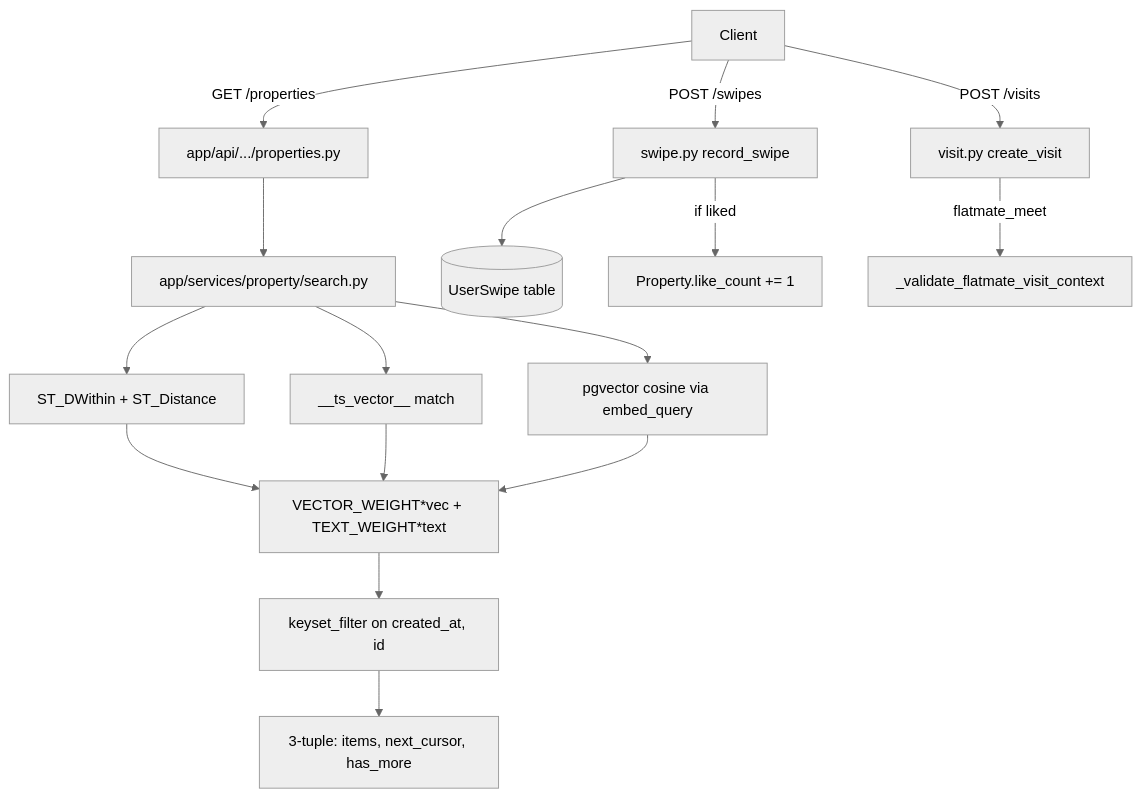
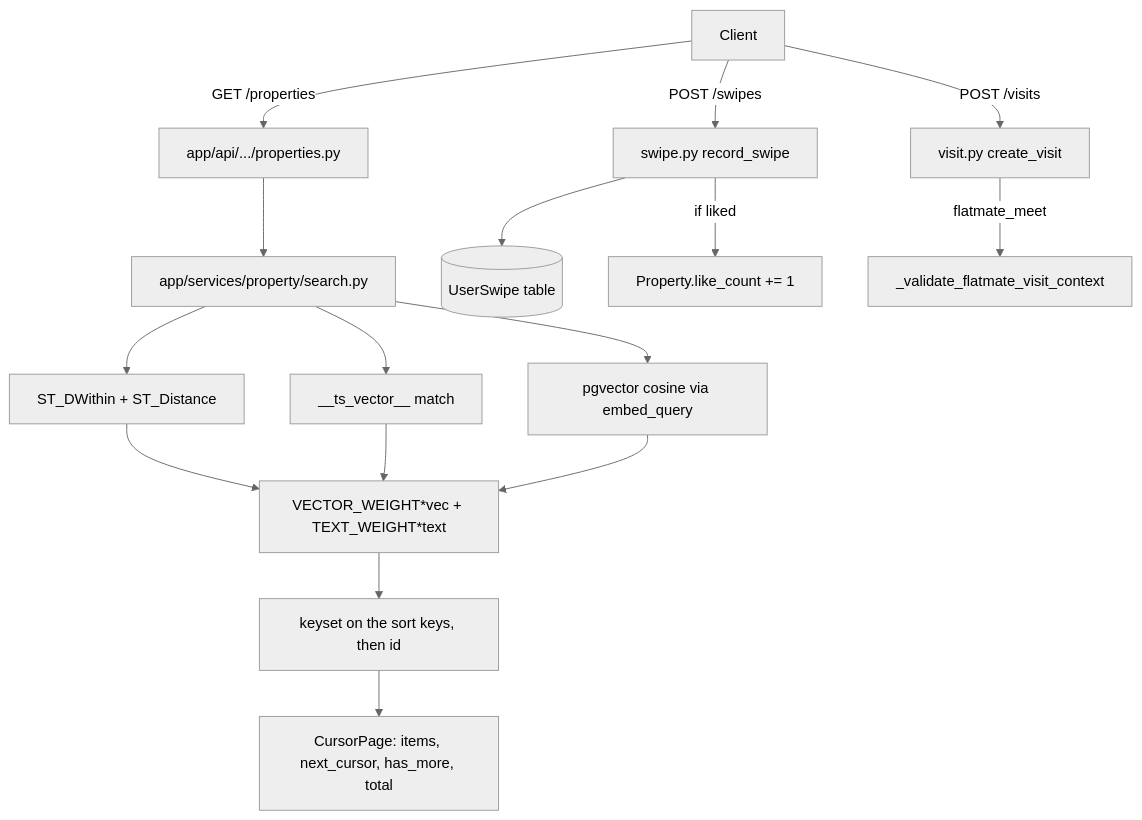
Before and after one commit to 360ghar/360ghar-backend: the diagram in .wiki/features/ghar-core.md, drawn with Mermaid (neutral theme). The commit also changed other lines of this file and 29 other files, not shown here.

````diff
--- a/.wiki/features/ghar-core.md
+++ b/.wiki/features/ghar-core.md
@@ -49,16 +53,16 @@
 ```mermaid
 graph TD
     Client -->|GET /properties| EP[app/api/.../properties.py]
     EP --> SRV[app/services/property/search.py]
     SRV --> Geo[ST_DWithin + ST_Distance]
     SRV --> FTS[__ts_vector__ match]
     SRV --> Vec[pgvector cosine via embed_query]
     Geo & FTS & Vec --> Hybrid[VECTOR_WEIGHT*vec + TEXT_WEIGHT*text]
-    Hybrid --> Cursor[keyset_filter on created_at, id]
-    Cursor --> Client3[3-tuple: items, next_cursor, has_more]
+    Hybrid --> Cursor[keyset on the sort keys, then id]
+    Cursor --> Client3[CursorPage: items, next_cursor, has_more, total]
     Client -->|POST /swipes| SW[swipe.py record_swipe]
     SW --> UserSwipe[(UserSwipe table)]
     SW -->|if liked| PropLike[Property.like_count += 1]
     Client -->|POST /visits| VS[visit.py create_visit]
     VS -->|flatmate_meet| CTX[_validate_flatmate_visit_context]
 ```
````
